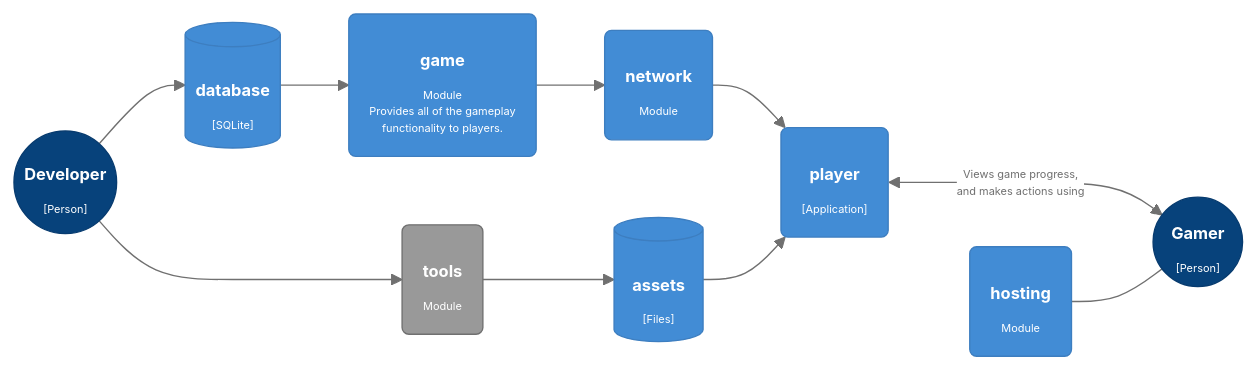
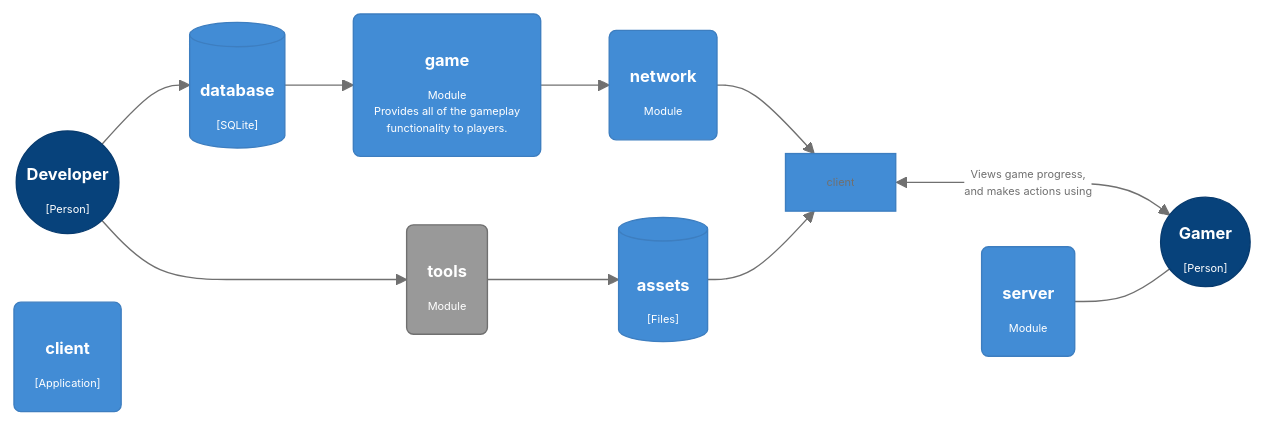
Before and after one commit to lebedec/farmisto: the diagram in README.md, drawn with Mermaid. The commit also changed 19 other files, not shown here.

Commit message:
use obvious module names client and server

````diff
--- a/README.md
+++ b/README.md
@@ -3,46 +3,46 @@
 ```mermaid
 %%{init: {'theme': 'base', 'themeVariables': {
   'primaryColor': '#428cd5',
   'primaryBorderColor': '#3d7ec0',
   'secondaryColor': 'white',
   'tertiaryColor': 'yellow',
   'lineColor': '#707070',
   'primaryTextColor': '#707070',
   'tertiaryTextColor': 'red',
   'textColor': '#707070',
   'background': 'white',
   'fontSize': '8px',
   'fontFamily': 'ui-monospace,SFMono-Regular,SF Mono,Menlo,Consolas,Liberation Mono,monospace'
   }}
 }%%
 flowchart LR;
 	gamer(("<h2>&nbsp Gamer &nbsp</h2>[Person]")):::person
 	developer(("<h2>Developer</h2>[Person]")):::person
 	assets[(<h2>&nbsp assets  &nbsp</h2>&#91Files&#93)]:::component
 	database[(<h2>database</h2>&#91SQLite&#93)]:::component
 	game(<h2>game</h2>Module<br/>Provides all of the gameplay<br/> functionality to players.):::component
 	network(<h2>network</h2>Module):::component
-	hosting(<h2>hosting</h2>Module):::component
-	player("<h2>player</h2>[Application]"):::component
+	server(<h2>server</h2>Module):::component
+	clien("<h2>client</h2>[Application]"):::component
 	tools(<h2>tools</h2>Module):::external
 	
 	developer --> database;
 	developer --> tools --> assets;
 	
 	database --> game;
 	
 	
-	game-->network-->player;
-		assets --> player;
+	game-->network-->client;
+		assets --> client;
 	
 
-	player <-- "Views game progress,<br/>and makes actions using" ---> gamer;
+	client <-- "Views game progress,<br/>and makes actions using" ---> gamer;
 
-    hosting---gamer;
+    server---gamer;
 
 	classDef person fill:#07427b,stroke:#073b6f,color:white
 	classDef component color:white
 	classDef external fill:#999999,stroke:#707070,color:white
 	
 	click database "https://github.com/lebedec/farmisto/tree/main/database"
 ```
````
